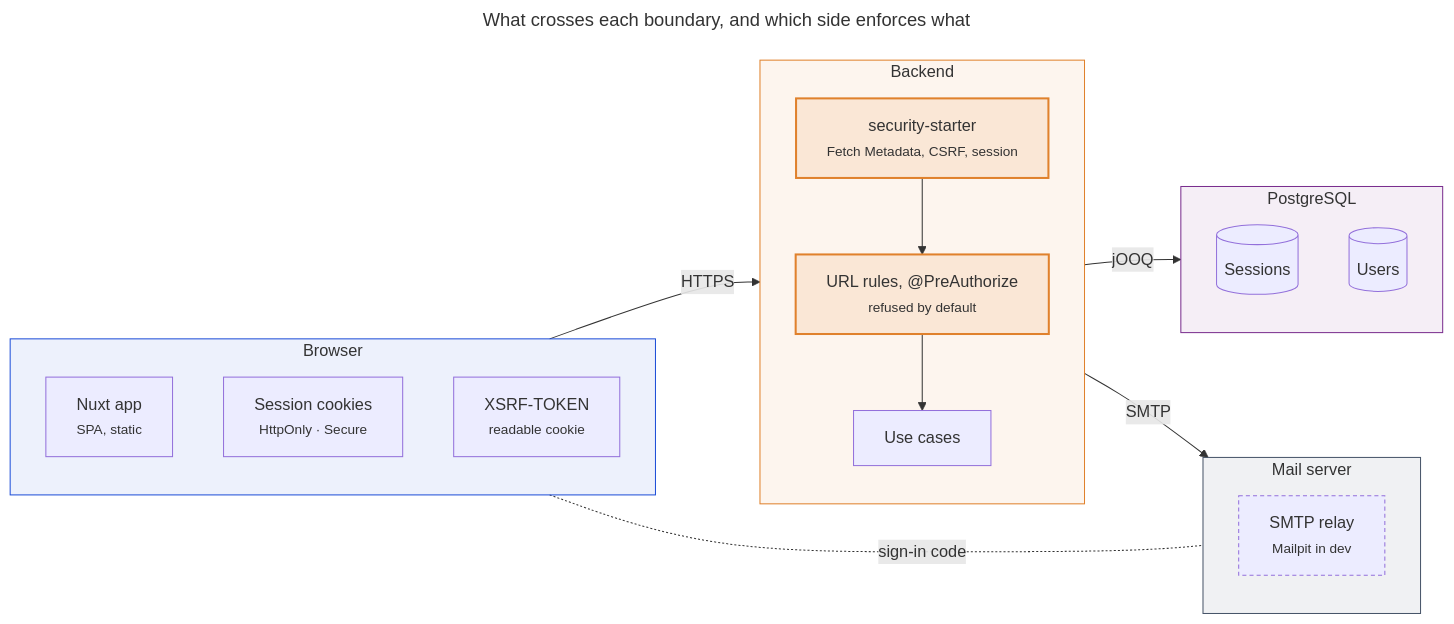
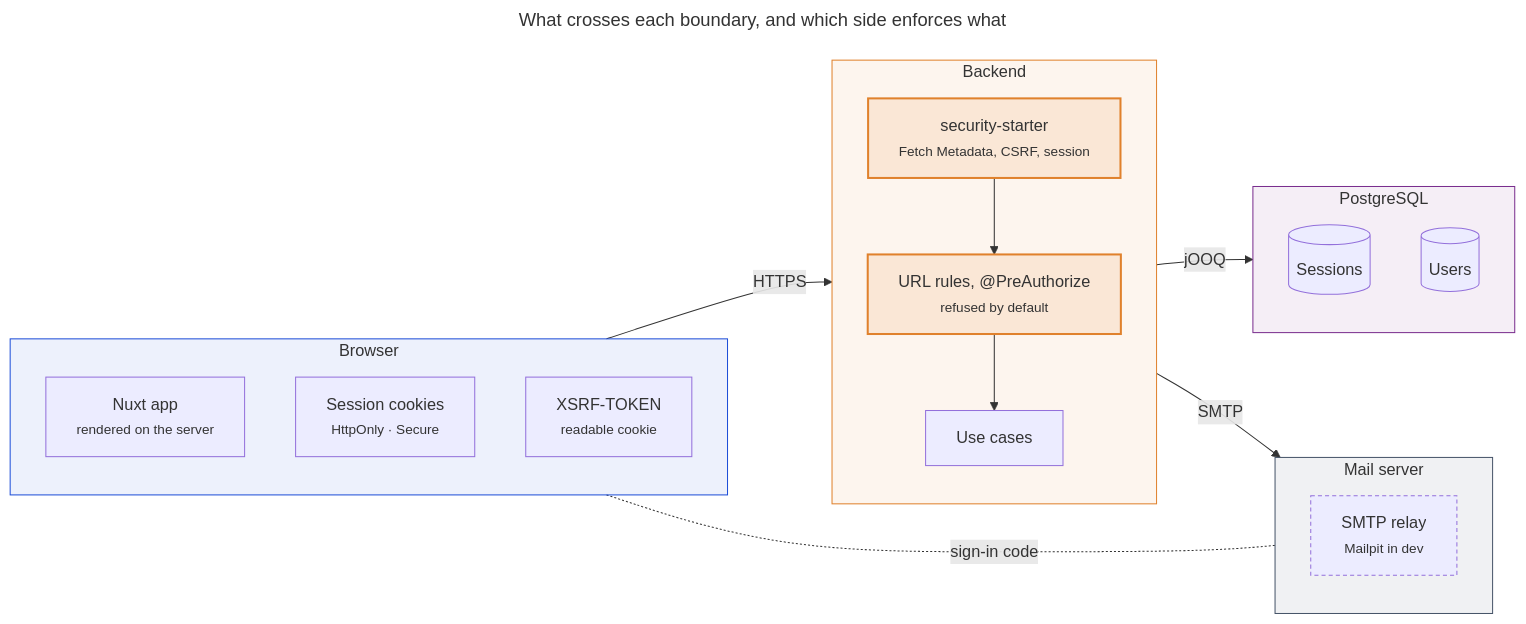
One commit to mboisnard/drinkit changed the first of 7 diagrams in docs/content/en/3.reference/2.security/1.principles.md. Above: the diagram before and after it, drawn with Mermaid. The commit also changed 17 other files, not shown here.

````diff
--- a/docs/content/en/3.reference/2.security/1.principles.md
+++ b/docs/content/en/3.reference/2.security/1.principles.md
@@ -19,36 +19,36 @@
 ```mermaid
 ---
 title: What crosses each boundary, and which side enforces what
 ---
 flowchart LR
   subgraph browser["Browser"]
-    nuxt["Nuxt app<br/><small>SPA, static</small>"]
+    nuxt["Nuxt app<br/><small>rendered on the server</small>"]
     cookies["Session cookies<br/><small>HttpOnly · Secure</small>"]
     xsrf["XSRF-TOKEN<br/><small>readable cookie</small>"]
   end
   subgraph backend["Backend"]
     direction TB
     starter["security-starter<br/><small>Fetch Metadata, CSRF, session</small>"]:::enforce
     rules["URL rules, @PreAuthorize<br/><small>refused by default</small>"]:::enforce
     cases[Use cases]
     starter --> rules --> cases
   end
   subgraph postgres["PostgreSQL"]
     direction TB
     sessions[(Sessions)]
     users[(Users)]
   end
   subgraph outside["Mail server"]
     smtp["SMTP relay<br/><small>Mailpit in dev</small>"]:::external
   end
   browser -->|HTTPS| backend
   backend -->|jOOQ| postgres
   backend -->|SMTP| outside
   browser <-.-|sign-in code| outside
   style browser fill:#1d4ed814,stroke:#1d4ed8
   style backend fill:#e0812c14,stroke:#e0812c
   style postgres fill:#7a2e8e14,stroke:#7a2e8e
   style outside fill:#47556914,stroke:#475569
   classDef enforce fill:#e0812c1f,stroke:#e0812c,stroke-width:2px
   classDef external stroke-dasharray:4 3
 ```
````
